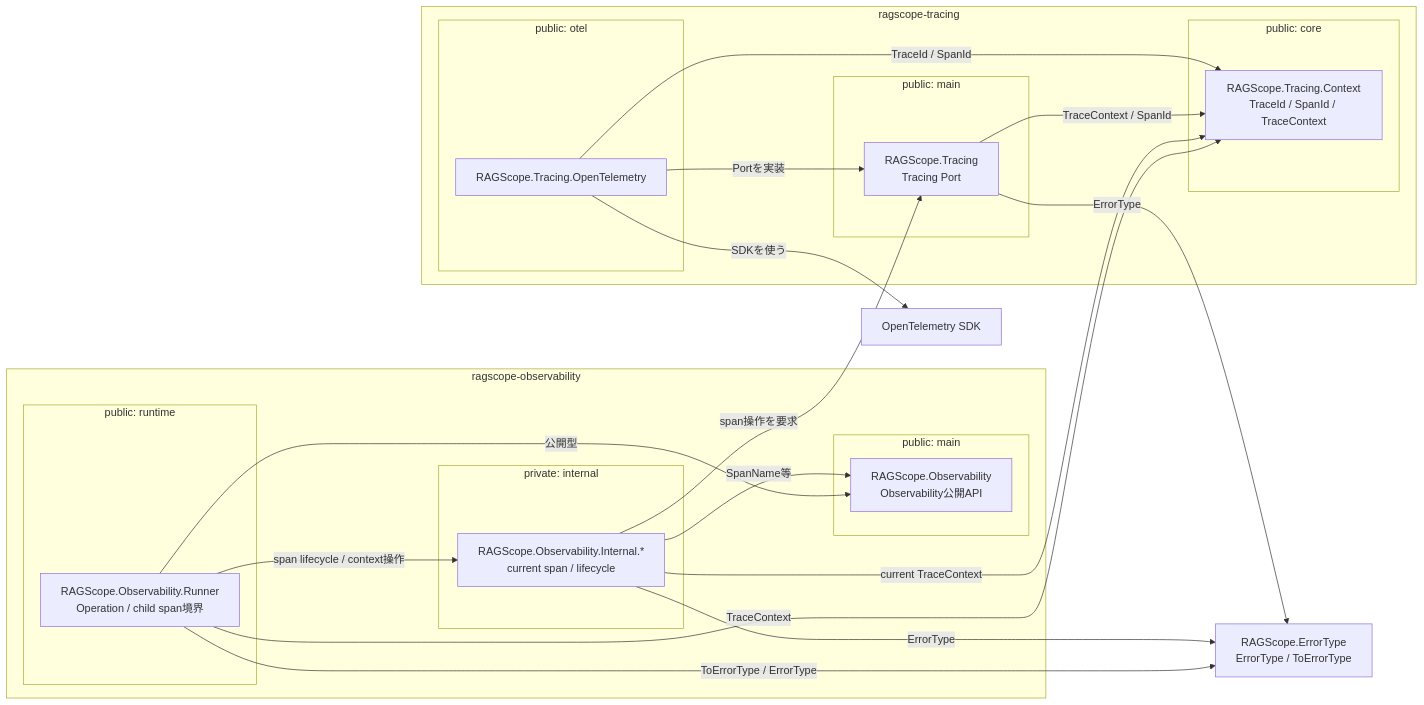
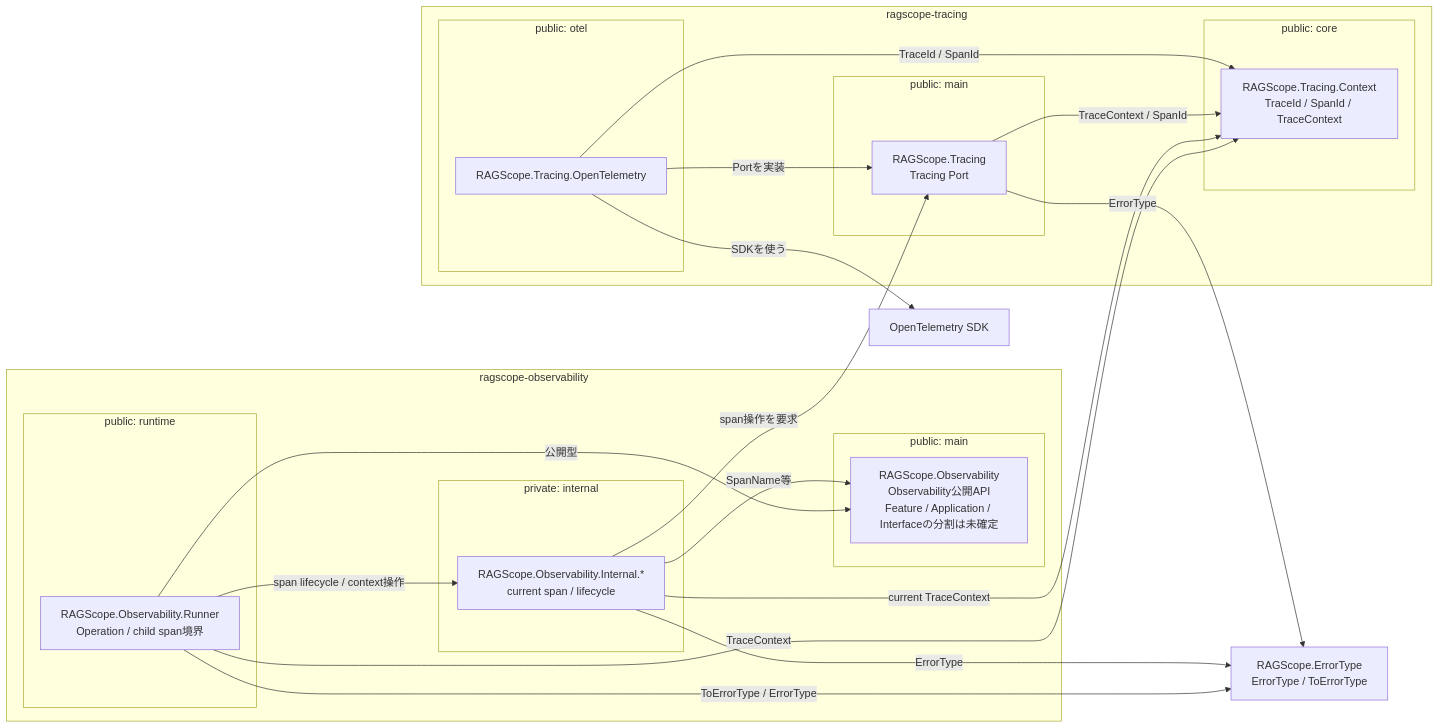
The diagram in Notes/RAGScope/RAGScopeアプリケーション/実行追跡・構造化ログ静的依存図 Observability・Tracing.md (takashit16833/Workbench), drawn with Mermaid before and after one commit. The commit also changed other lines of this file, not shown here.

Commit message:
docs: name Observability API consumers

````diff
--- a/Notes/RAGScope/RAGScopeアプリケーション/実行追跡・構造化ログ静的依存図 Observability・Tracing.md
+++ b/Notes/RAGScope/RAGScopeアプリケーション/実行追跡・構造化ログ静的依存図 Observability・Tracing.md
@@ -20,46 +20,46 @@
 ```mermaid
 flowchart LR
     subgraph pkg_obs["ragscope-observability"]
         subgraph obs_main_lib["public: main"]
-            obs["RAGScope.Observability<br/>Observability公開API"]
+            obs["RAGScope.Observability<br/>Observability公開API<br/>Feature / Application / Interfaceの分割は未確定"]
         end
         subgraph obs_runtime_lib["public: runtime"]
             runner["RAGScope.Observability.Runner<br/>Operation / child span境界"]
         end
         subgraph obs_internal_lib["private: internal"]
             internal["RAGScope.Observability.Internal.*<br/>current span / lifecycle"]
         end
     end
 
     subgraph pkg_tracing["ragscope-tracing"]
         subgraph tracing_main_lib["public: main"]
             tracing["RAGScope.Tracing<br/>Tracing Port"]
         end
         subgraph tracing_otel_lib["public: otel"]
             otel["RAGScope.Tracing.OpenTelemetry"]
         end
         subgraph tracing_core_lib["public: core"]
             context["RAGScope.Tracing.Context<br/>TraceId / SpanId / TraceContext"]
         end
     end
 
     error_type["RAGScope.ErrorType<br/>ErrorType / ToErrorType"]
     sdk["OpenTelemetry SDK"]
 
     runner -->|span lifecycle / context操作| internal
     runner -->|公開型| obs
     runner -->|ToErrorType / ErrorType| error_type
     runner -->|TraceContext| context
 
     internal -->|SpanName等| obs
     internal -->|ErrorType| error_type
     internal -->|span操作を要求| tracing
     internal -->|current TraceContext| context
 
     tracing -->|ErrorType| error_type
     tracing -->|TraceContext / SpanId| context
 
     otel -->|Portを実装| tracing
     otel -->|TraceId / SpanId| context
     otel -->|SDKを使う| sdk
 ```
````
